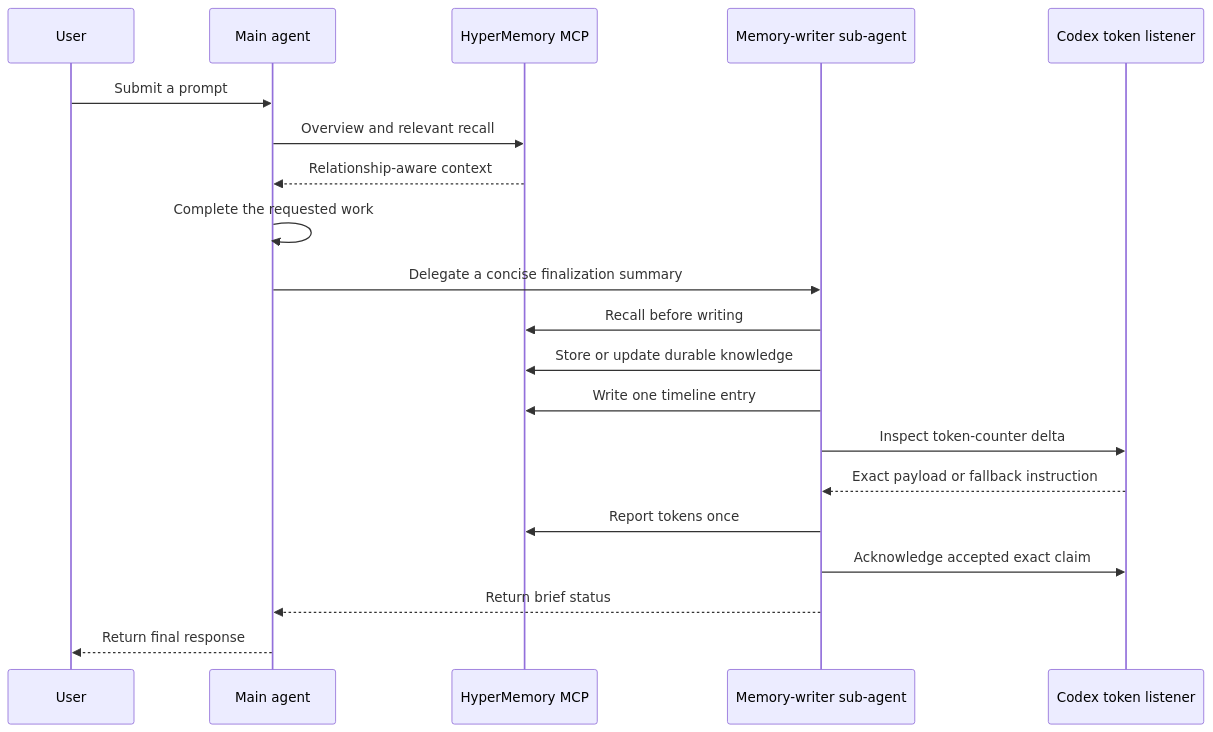
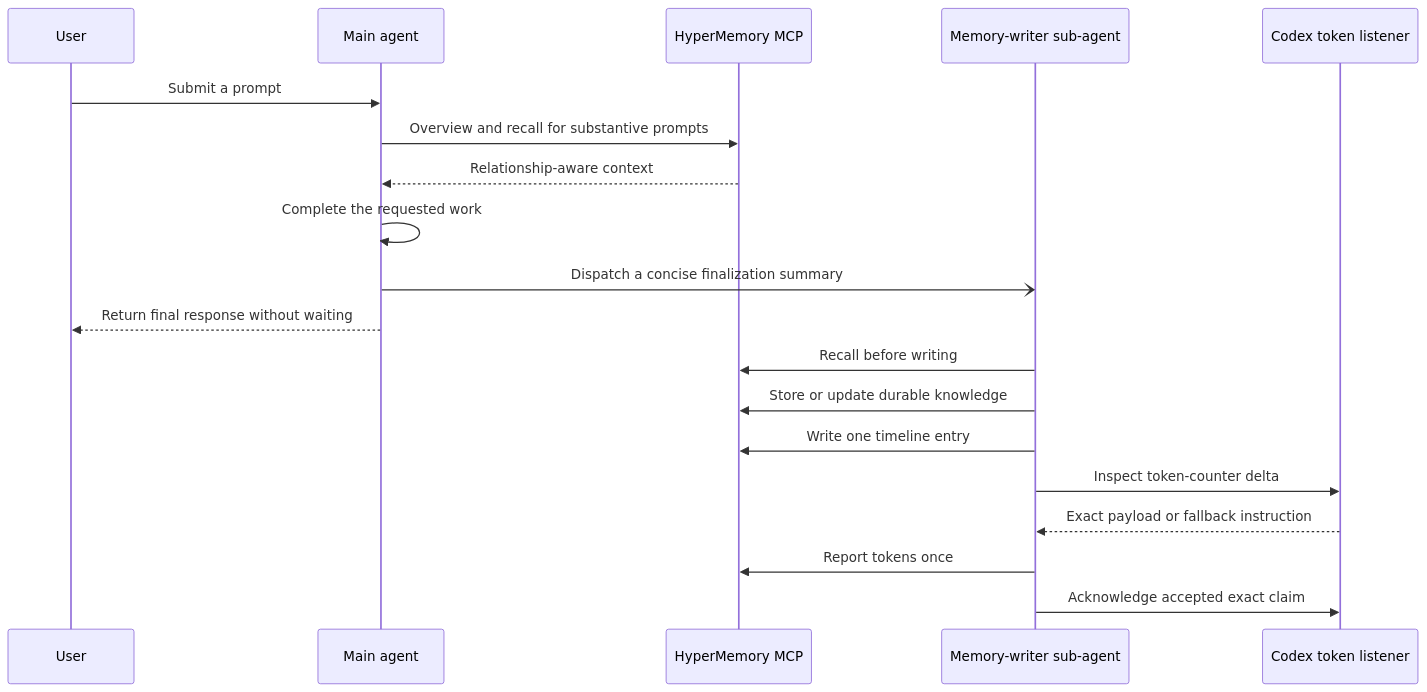
The first of 3 diagrams in README.md (hypermemory-ai/hm-plugin-kimi), drawn with Mermaid before and after one commit. The commit also changed other lines of this file and 7 other files, not shown here.

````diff
--- a/README.md
+++ b/README.md
@@ -205,23 +205,22 @@
 ```mermaid
 sequenceDiagram
     participant U as User
     participant M as Main agent
     participant MCP as HyperMemory MCP
     participant W as Memory-writer sub-agent
     participant L as Codex token listener
 
     U->>M: Submit a prompt
-    M->>MCP: Overview and relevant recall
+    M->>MCP: Overview and recall for substantive prompts
     MCP-->>M: Relationship-aware context
     M->>M: Complete the requested work
-    M->>W: Delegate a concise finalization summary
+    M-)W: Dispatch a concise finalization summary
+    M-->>U: Return final response without waiting
     W->>MCP: Recall before writing
     W->>MCP: Store or update durable knowledge
     W->>MCP: Write one timeline entry
     W->>L: Inspect token-counter delta
     L-->>W: Exact payload or fallback instruction
     W->>MCP: Report tokens once
     W->>L: Acknowledge accepted exact claim
-    W-->>M: Return brief status
-    M-->>U: Return final response
 ```
````
